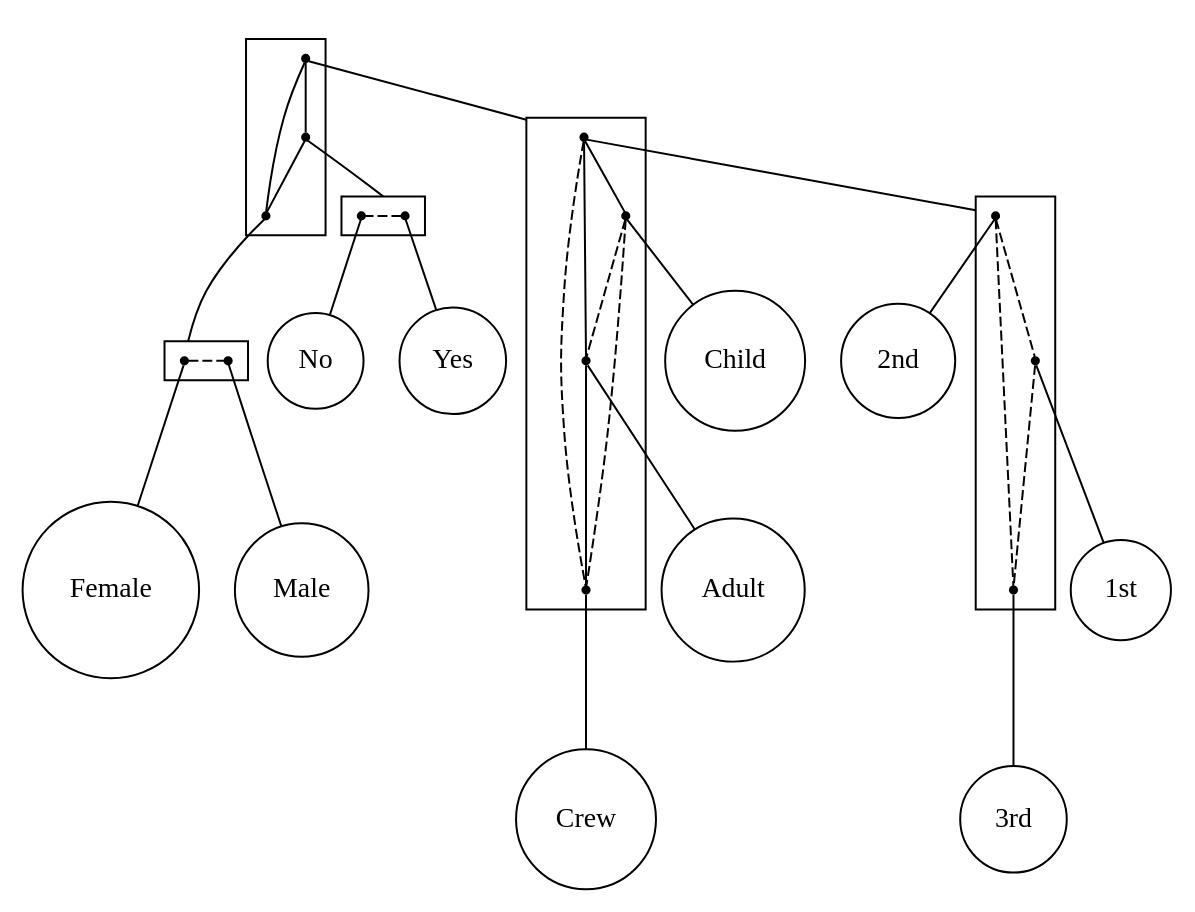
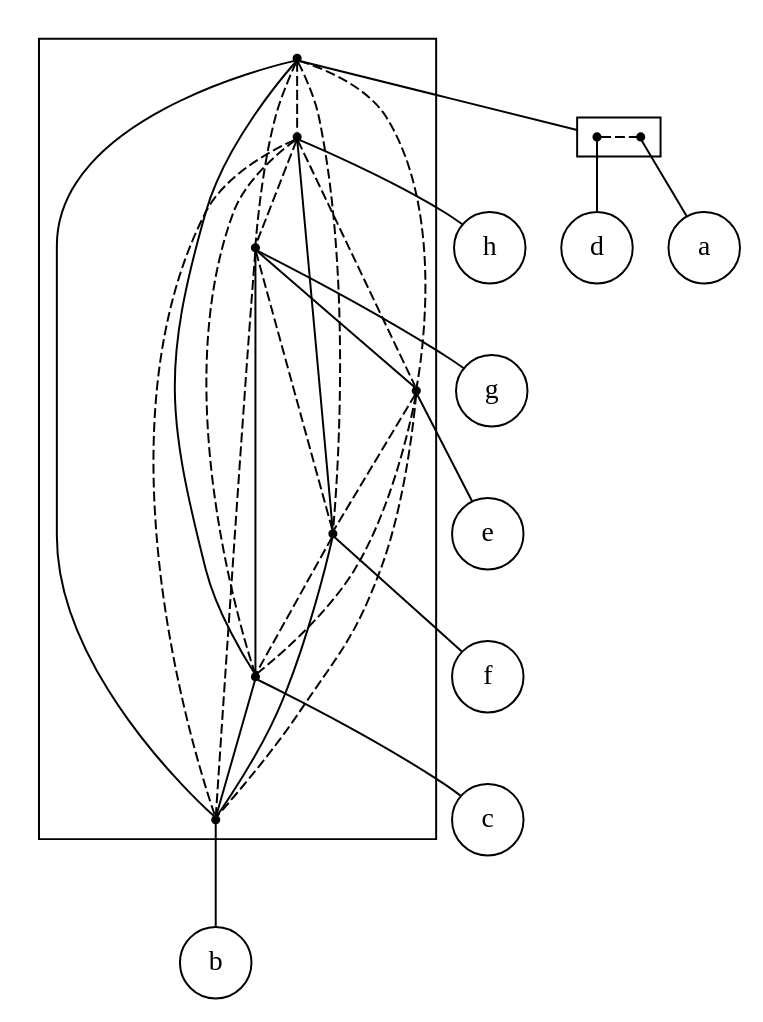
The diagram in src/extension/plain_2-structure.dot (lrodrin/TFG), drawn with Graphviz before and after one commit. The commit also changed 8 other files, not shown here.

```diff
--- a/src/extension/plain_2-structure.dot
+++ b/src/extension/plain_2-structure.dot
@@ -1,67 +1,55 @@
 strict digraph "plain_2-structure" {
 compound=true;
 fontname=Verdana;
 fontsize=12;
 newrank=true;
 node [shape=circle];
-Child;
-Adult;
-Crew;
-"2nd";
-"1st";
-"3rd";
-Female;
-Male;
-Yes;
-No;
-subgraph cluster_MaleYesNoAdult3rdCrewFemale1st2ndChild {
+h;
+g;
+e;
+f;
+c;
+b;
+d;
+a;
+subgraph cluster_decbghaf {
 node [shape=point];
-s_Adult3rdCrew1st2ndChild -> s_NoYes  [color=black, style=solid, arrowhead=none];
-s_Adult3rdCrew1st2ndChild -> s_MaleFemale  [color=black, style=solid, arrowhead=none];
-s_NoYes -> s_MaleFemale  [color=black, style=solid, arrowhead=none];
+s_da -> s_h  [color=black, style=dashed, arrowhead=none];
+s_da -> s_g  [color=black, style=dashed, arrowhead=none];
+s_da -> s_e  [color=black, style=dashed, arrowhead=none];
+s_da -> s_f  [color=black, style=dashed, arrowhead=none];
+s_da -> s_c  [color=black, style=solid, arrowhead=none];
+s_da -> s_b  [color=black, style=solid, arrowhead=none];
+s_h -> s_g  [color=black, style=dashed, arrowhead=none];
+s_h -> s_e  [color=black, style=dashed, arrowhead=none];
+s_h -> s_f  [color=black, style=solid, arrowhead=none];
+s_h -> s_c  [color=black, style=dashed, arrowhead=none];
+s_h -> s_b  [color=black, style=dashed, arrowhead=none];
+s_g -> s_e  [color=black, style=solid, arrowhead=none];
+s_g -> s_f  [color=black, style=dashed, arrowhead=none];
+s_g -> s_c  [color=black, style=solid, arrowhead=none];
+s_g -> s_b  [color=black, style=dashed, arrowhead=none];
+s_e -> s_f  [color=black, style=dashed, arrowhead=none];
+s_e -> s_c  [color=black, style=dashed, arrowhead=none];
+s_e -> s_b  [color=black, style=dashed, arrowhead=none];
+s_f -> s_c  [color=black, style=dashed, arrowhead=none];
+s_f -> s_b  [color=black, style=solid, arrowhead=none];
+s_c -> s_b  [color=black, style=solid, arrowhead=none];
 }
 
-subgraph cluster_Adult3rdCrew1st2ndChild {
+subgraph cluster_da {
+rank=same;
 node [shape=point];
-s_1st2nd3rd -> s_Child  [color=black, style=solid, arrowhead=none];
-s_1st2nd3rd -> s_Adult  [color=black, style=solid, arrowhead=none];
-s_1st2nd3rd -> s_Crew  [color=black, style=dashed, arrowhead=none];
-s_Child -> s_Adult  [color=black, style=dashed, arrowhead=none];
-s_Child -> s_Crew  [color=black, style=dashed, arrowhead=none];
-s_Adult -> s_Crew  [color=black, style=solid, arrowhead=none];
+s_d -> s_a  [color=black, style=dashed, arrowhead=none];
 }
 
-subgraph cluster_1st2nd3rd {
-node [shape=point];
-s_2nd -> s_1st  [color=black, style=dashed, arrowhead=none];
-s_2nd -> s_3rd  [color=black, style=dashed, arrowhead=none];
-s_1st -> s_3rd  [color=black, style=dashed, arrowhead=none];
+s_da -> s_d  [lhead=cluster_da, arrowhead=none];
+s_h -> h  [arrowhead=none];
+s_g -> g  [arrowhead=none];
+s_e -> e  [arrowhead=none];
+s_f -> f  [arrowhead=none];
+s_c -> c  [arrowhead=none];
+s_b -> b  [arrowhead=none];
+s_d -> d  [arrowhead=none];
+s_a -> a  [arrowhead=none];
 }
-
-subgraph cluster_MaleFemale {
-rank=same;
-node [shape=point];
-s_Female -> s_Male  [color=black, style=dashed, arrowhead=none];
-}
-
-subgraph cluster_NoYes {
-rank=same;
-node [shape=point];
-s_Yes -> s_No  [color=black, style=dashed, arrowhead=none];
-}
-
-s_Adult3rdCrew1st2ndChild -> s_1st2nd3rd  [lhead=cluster_Adult3rdCrew1st2ndChild, arrowhead=none];
-s_NoYes -> s_Yes  [lhead=cluster_NoYes, arrowhead=none];
-s_MaleFemale -> s_Female  [lhead=cluster_MaleFemale, arrowhead=none];
-s_1st2nd3rd -> s_2nd  [lhead=cluster_1st2nd3rd, arrowhead=none];
-s_Child -> Child  [arrowhead=none];
-s_Adult -> Adult  [arrowhead=none];
-s_Crew -> Crew  [arrowhead=none];
-s_2nd -> "2nd"  [arrowhead=none];
-s_1st -> "1st"  [arrowhead=none];
-s_3rd -> "3rd"  [arrowhead=none];
-s_Female -> Female  [arrowhead=none];
-s_Male -> Male  [arrowhead=none];
-s_Yes -> Yes  [arrowhead=none];
-s_No -> No  [arrowhead=none];
-}
```
